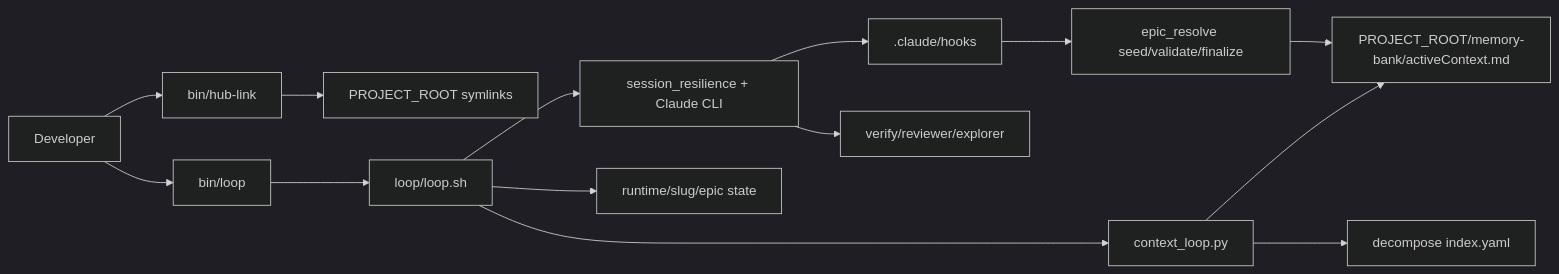
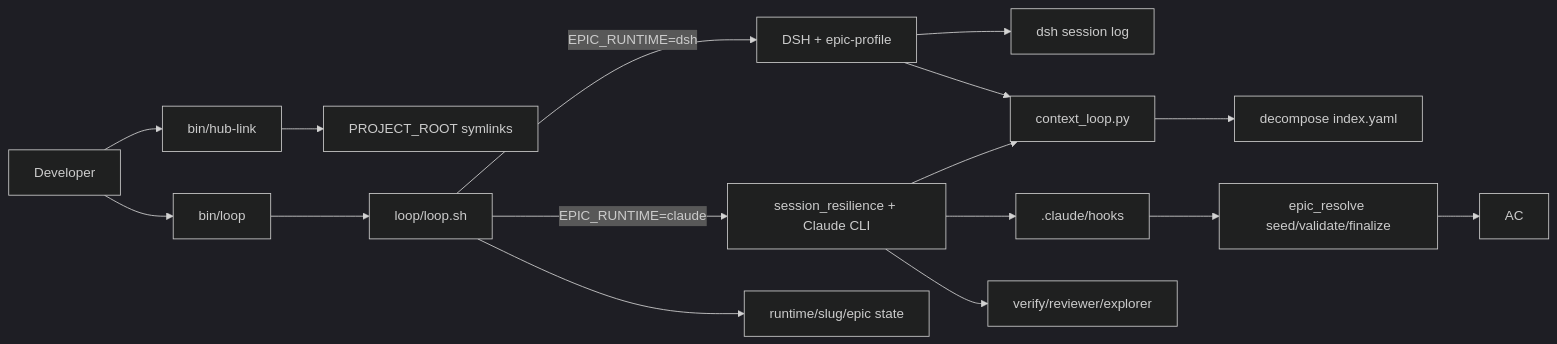
The diagram in memory-bank/architecture/services.md (aeroalgo/dev-hub), drawn with Mermaid (dark theme) before and after one commit. The commit also changed other lines of this file and 252 other files, not shown here.

````diff
--- a/memory-bank/architecture/services.md
+++ b/memory-bank/architecture/services.md
@@ -24,16 +25,18 @@
 ```mermaid
 flowchart LR
   Dev[Developer] --> BinLoop[bin/loop]
   Dev --> HubLink[bin/hub-link]
   HubLink --> ProdTree[PROJECT_ROOT symlinks]
   BinLoop --> LoopSh[loop/loop.sh]
-  LoopSh --> Ctx[context_loop.py]
-  LoopSh --> Sess[session_resilience + Claude CLI]
-  Ctx --> AC[PROJECT_ROOT/memory-bank/activeContext.md]
+  LoopSh -->|EPIC_RUNTIME=claude| Sess[session_resilience + Claude CLI]
+  LoopSh -->|EPIC_RUNTIME=dsh| DSH[DSH + epic-profile]
+  DSH --> SessLog[dsh session log]
+  DSH --> Ctx[context_loop.py]
+  Sess --> Ctx[context_loop.py]
   Ctx --> Idx[decompose index.yaml]
   LoopSh --> RT[runtime/slug/epic state]
   Sess --> Hooks[.claude/hooks]
   Sess --> Gates[verify/reviewer/explorer]
   Hooks --> EpicRes[epic_resolve seed/validate/finalize]
   EpicRes --> AC
 ```
````
